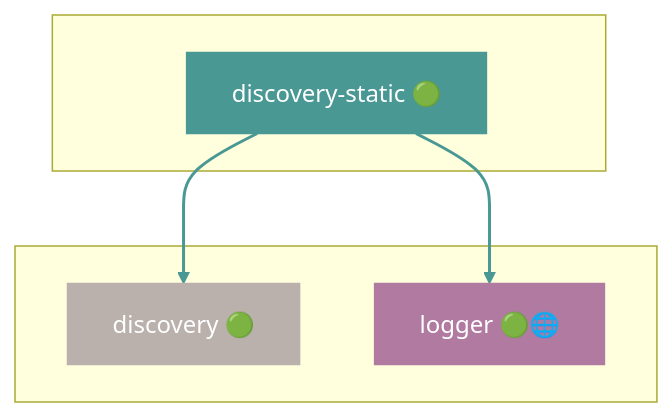
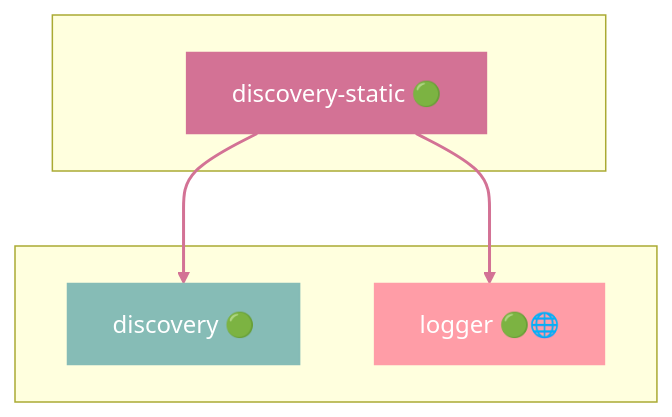
One commit to grest-ts/grest-ts changed diagram 16 of 43 in docs/DEPENDENCIES.md. Above: the diagram before and after it, drawn with Mermaid. The commit also changed other lines of this file and 14 other files, not shown here.

````diff
--- a/docs/DEPENDENCIES.md
+++ b/docs/DEPENDENCIES.md
@@ -827,17 +869,17 @@
 ```mermaid
 flowchart TB
     subgraph Package[" "]
         discovery-static["discovery-static 🟢"]
     end
     subgraph Dependencies[" "]
         discovery["discovery 🟢"]
         logger["logger 🟢🌐"]
     end
     discovery-static --> discovery
     discovery-static --> logger
-    style discovery-static fill:#499894,stroke:#499894,color:#fff
-    style discovery fill:#BAB0AC,stroke:#BAB0AC,color:#fff
-    style logger fill:#B07AA1,stroke:#B07AA1,color:#fff
-    linkStyle 0 stroke:#499894,stroke-width:2px
-    linkStyle 1 stroke:#499894,stroke-width:2px
+    style discovery-static fill:#D37295,stroke:#D37295,color:#fff
+    style discovery fill:#86BCB6,stroke:#86BCB6,color:#fff
+    style logger fill:#FF9DA7,stroke:#FF9DA7,color:#fff
+    linkStyle 0 stroke:#D37295,stroke-width:2px
+    linkStyle 1 stroke:#D37295,stroke-width:2px
 ```
````
